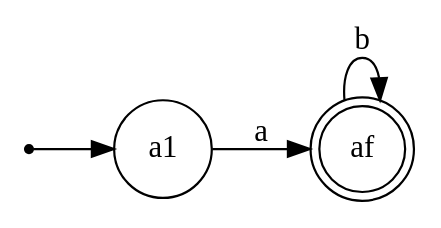
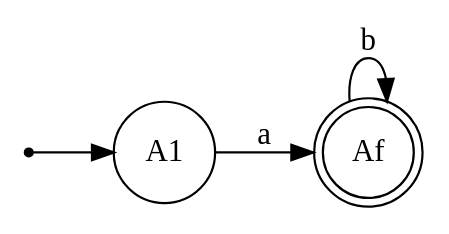
Before and after one commit to Caramelo18/COMP-Project: the diagram in exitA.dot, drawn with Graphviz. The commit also changed 3 other files, not shown here.

```diff
--- a/exitA.dot
+++ b/exitA.dot
@@ -1,9 +1,9 @@
 digraph {
 	graph [ "rankdir"="LR" ];
-	"ai" ["shape"="point"];
-	"af" ["shape"="doublecircle"];
-	"a1" ["shape"="circle"];
-	"ai" -> "a1" ;
-	"a1" -> "af" ["label"="a"];
-	"af" -> "af" ["label"="b"];
+	"Ai" ["shape"="point"];
+	"Af" ["shape"="doublecircle"];
+	"A1" ["shape"="circle"];
+	"Ai" -> "A1" ;
+	"A1" -> "Af" ["label"="a"];
+	"Af" -> "Af" ["label"="b"];
 }
```
